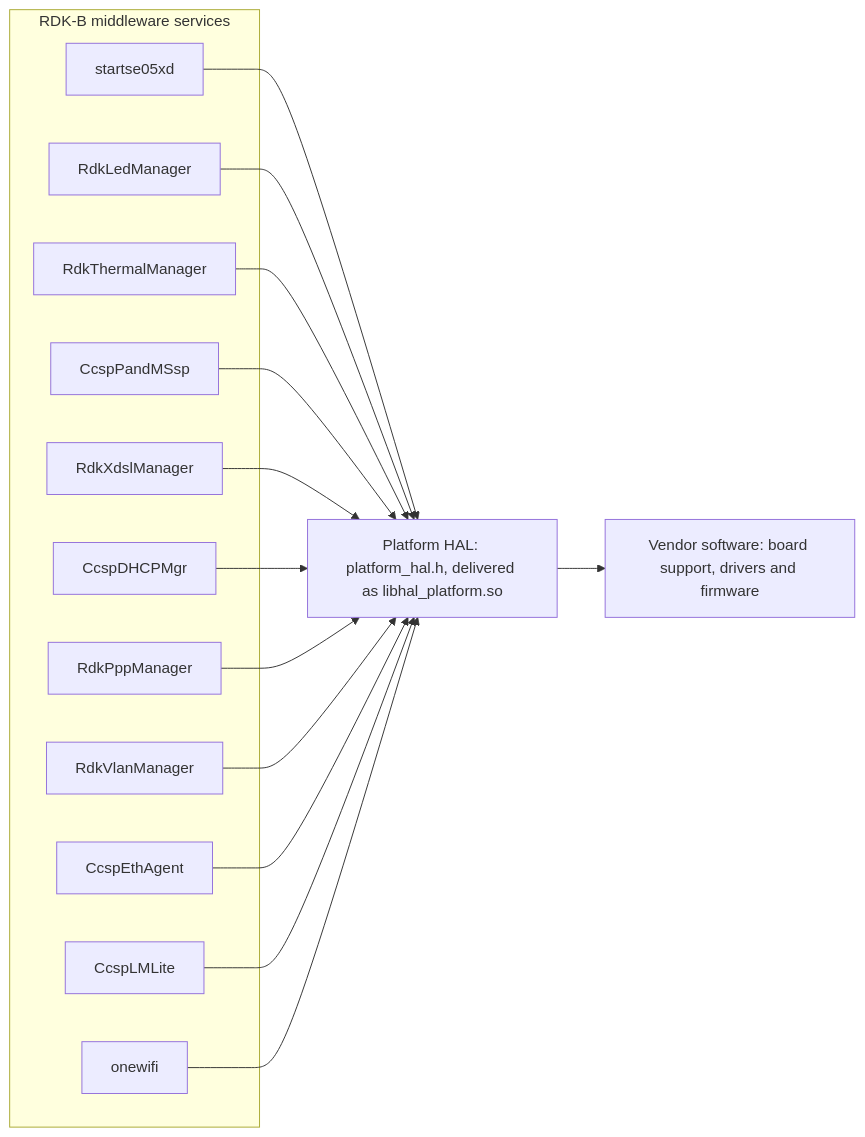
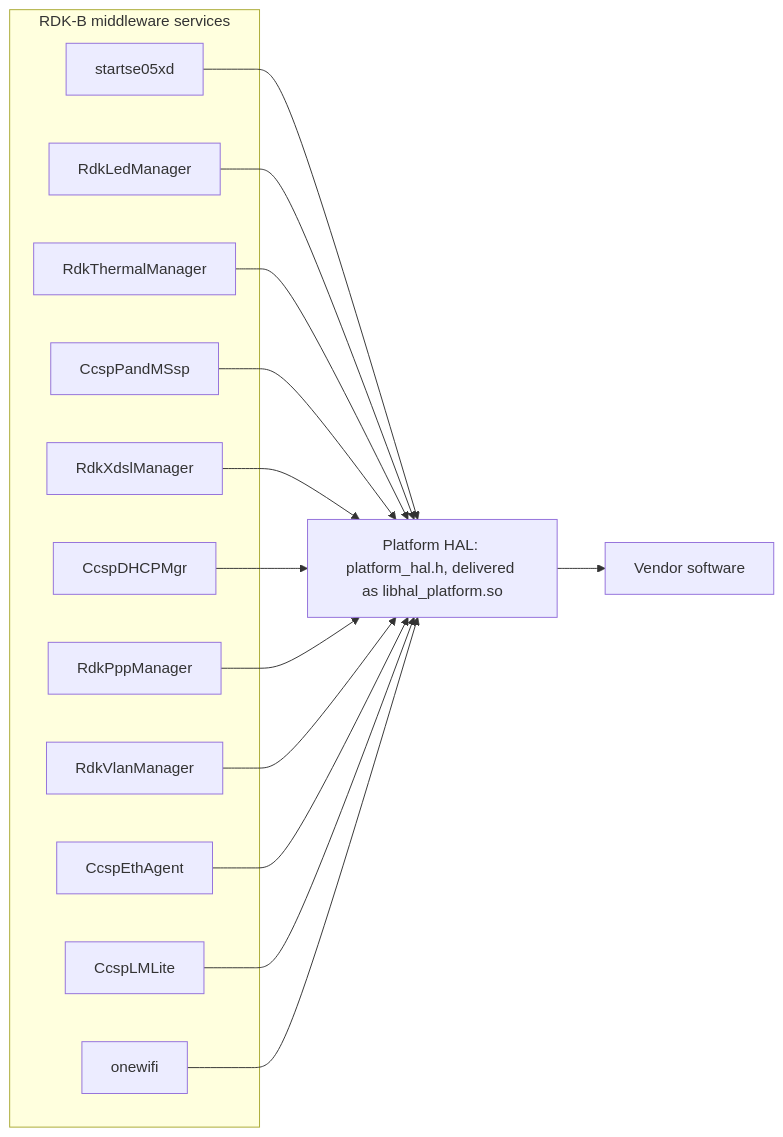
Before and after one commit to rdkcentral/rdkb-halif-platform: the first of 2 diagrams in docs/pages/PlatformhalSpec.md, drawn with Mermaid. The commit also changed other lines of this file, not shown here.

````diff
--- a/docs/pages/PlatformhalSpec.md
+++ b/docs/pages/PlatformhalSpec.md
@@ -56,30 +56,30 @@
 ```mermaid
 flowchart LR
     subgraph stack["RDK-B middleware services"]
         s1["startse05xd"]
         s2["RdkLedManager"]
         s3["RdkThermalManager"]
         s4["CcspPandMSsp"]
         s5["RdkXdslManager"]
         s6["CcspDHCPMgr"]
         s7["RdkPppManager"]
         s8["RdkVlanManager"]
         s9["CcspEthAgent"]
         s10["CcspLMLite"]
         s11["onewifi"]
     end
     hal["Platform HAL: platform_hal.h, delivered as libhal_platform.so"]
-    vendor["Vendor software: board support, drivers and firmware"]
+    vendor["Vendor software"]
     s1 --> hal
     s2 --> hal
     s3 --> hal
     s4 --> hal
     s5 --> hal
     s6 --> hal
     s7 --> hal
     s8 --> hal
     s9 --> hal
     s10 --> hal
     s11 --> hal
     hal --> vendor
 ```
````
